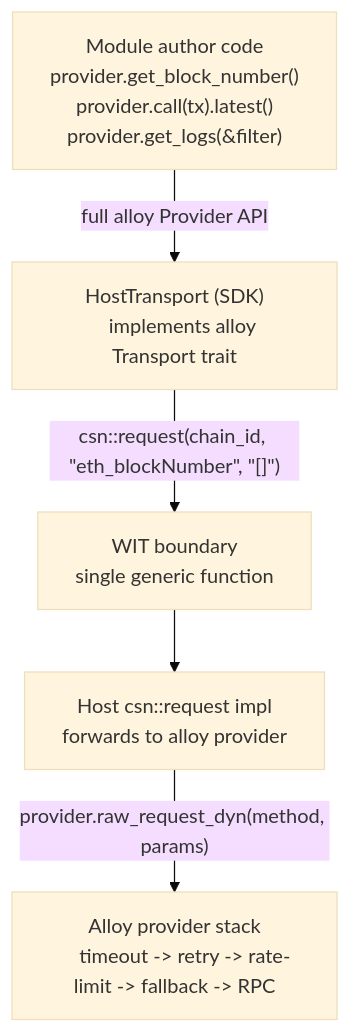
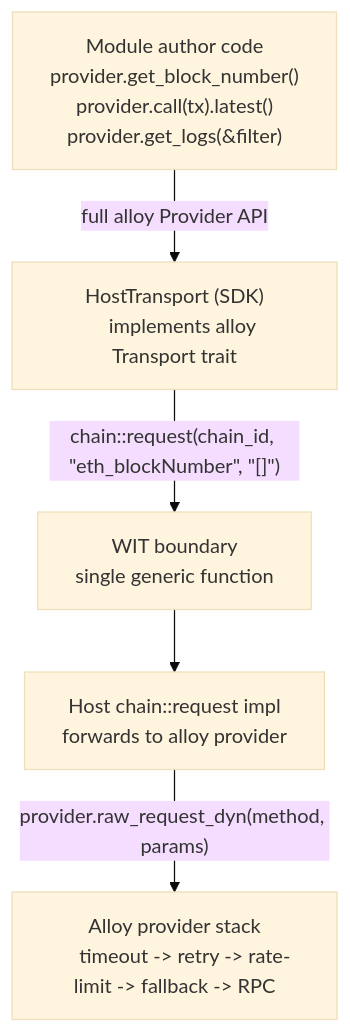
Before and after one commit to bleu/nullis-shepherd: the first of 2 diagrams in docs/07-rpc-namespace-design.md, drawn with Mermaid (base theme). The commit also changed other lines of this file and 45 other files, not shown here.

````diff
--- a/docs/07-rpc-namespace-design.md
+++ b/docs/07-rpc-namespace-design.md
@@ -35,19 +41,19 @@
 ```mermaid
 flowchart TD
     A["Module author code
     provider.get_block_number()
     provider.call(tx).latest()
     provider.get_logs(&filter)"] -->|full alloy Provider API| B
 
     B["HostTransport (SDK)
-    implements alloy Transport trait"] -->|"csn::request(chain_id, &quot;eth_blockNumber&quot;, &quot;[]&quot;)"| C
+    implements alloy Transport trait"] -->|"chain::request(chain_id, &quot;eth_blockNumber&quot;, &quot;[]&quot;)"| C
 
     C["WIT boundary
     single generic function"] --> D
 
-    D["Host csn::request impl
+    D["Host chain::request impl
     forwards to alloy provider"] -->|"provider.raw_request_dyn(method, params)"| E
 
     E["Alloy provider stack
     timeout -> retry -> rate-limit -> fallback -> RPC"]
 ```
````
